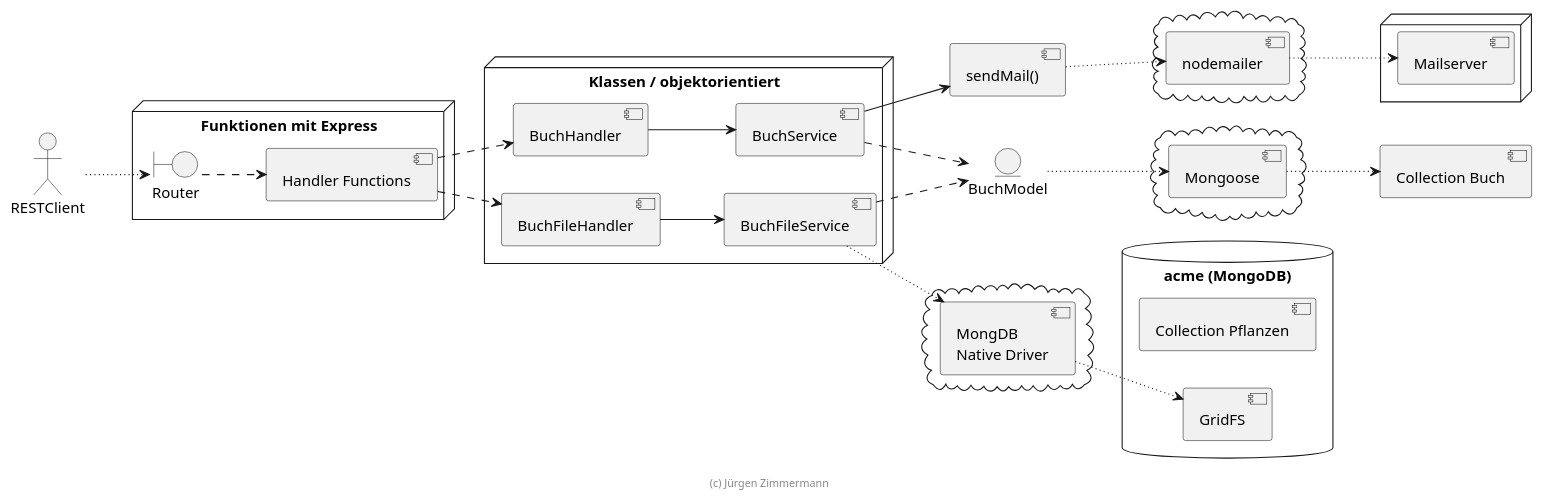
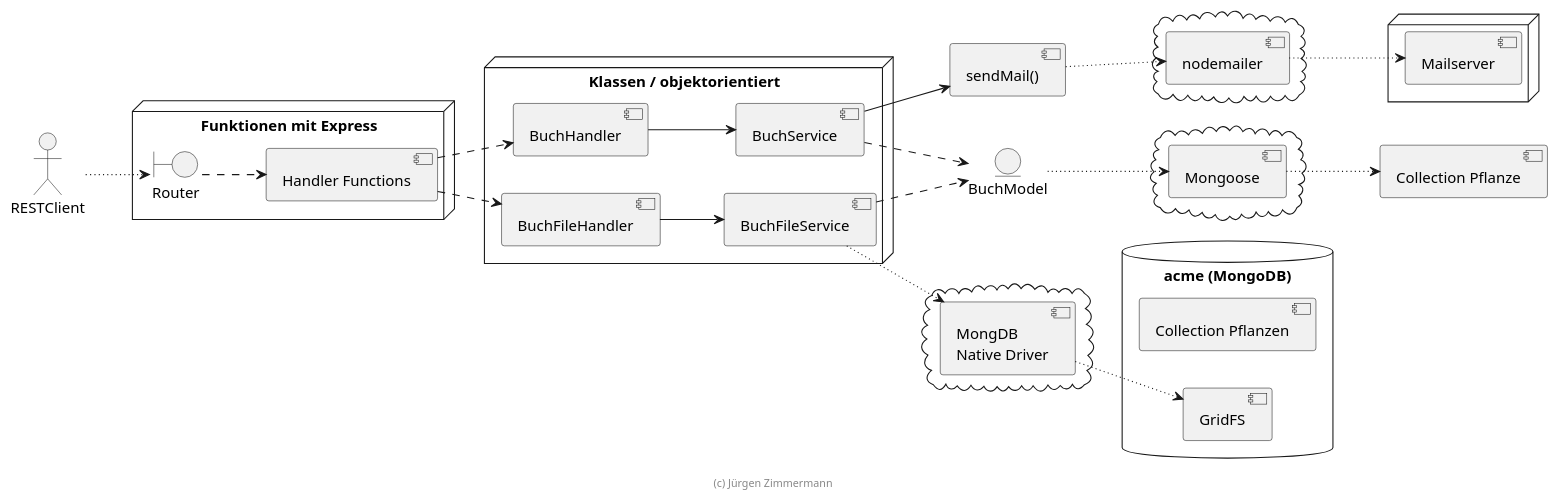
One commit to Lasse0708/plantproject changed the diagram in doc/entwicklerhandbuch/komponenten.puml. Above: the diagram before and after it, drawn with PlantUML. The commit also changed 30 other files, not shown here.

```diff
--- a/doc/entwicklerhandbuch/komponenten.puml
+++ b/doc/entwicklerhandbuch/komponenten.puml
@@ -15,69 +15,69 @@
 @startuml Komponenten
 
 skinparam componentStyle uml2
 
 left to right direction
 
 actor RESTClient
 
 node "Funktionen mit Express" {
   boundary Router
   [Handler Functions]
 }
 
 node "Klassen / objektorientiert" {
   [BuchHandler]
   [BuchFileHandler]
 
   [BuchService]
   [BuchFileService]
 }
 
 [sendMail()] as sendMail
 
 entity BuchModel
 
 cloud {
     [Mongoose]
 }
 
 cloud {
     [MongDB\nNative Driver]
 }
 
 cloud {
     [nodemailer]
 }
 
 database "acme (MongoDB)" {
     [Collection Pflanzen]
     [GridFS]
 }
 
 node {
     [Mailserver]
 }
 
 
 RESTClient ~~> [Router]
 [Router] ..> [Handler Functions]
 [Handler Functions] ..> [BuchHandler]
 [Handler Functions] ..> [BuchFileHandler]
 
 [BuchHandler] --> [BuchService]
 [BuchFileHandler] --> [BuchFileService]
 [BuchService] ..> [BuchModel]
 [BuchFileService] ..> [BuchModel]
 
 [BuchModel] ~~> [Mongoose]
 [BuchFileService] ~~> [MongDB\nNative Driver]
 [sendMail] ~~> [nodemailer]
-[Mongoose] ~~> [Collection Buch]
+[Mongoose] ~~> [Collection Pflanze]
 [MongDB\nNative Driver] ~~> [GridFS]
 
 [BuchService] --> [sendMail]
 [nodemailer] ~~> [Mailserver]
 
 footer (c) Jürgen Zimmermann
 
 @enduml
```
